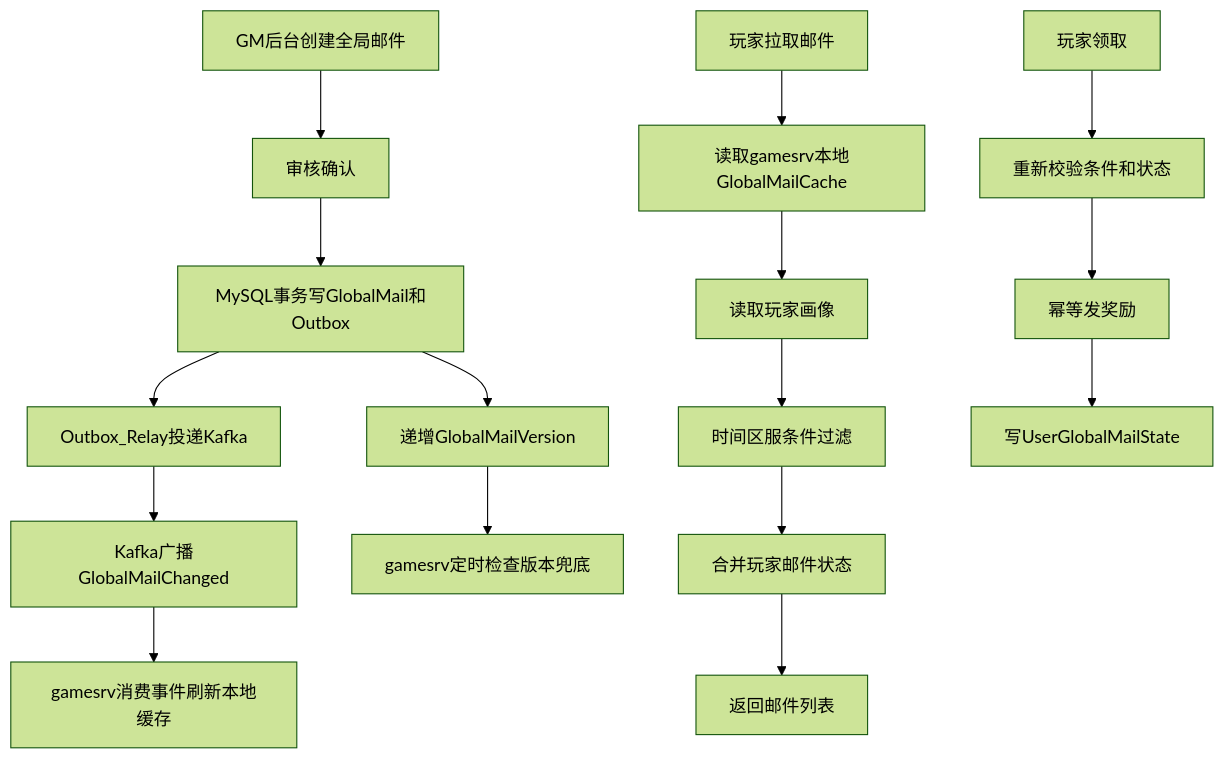
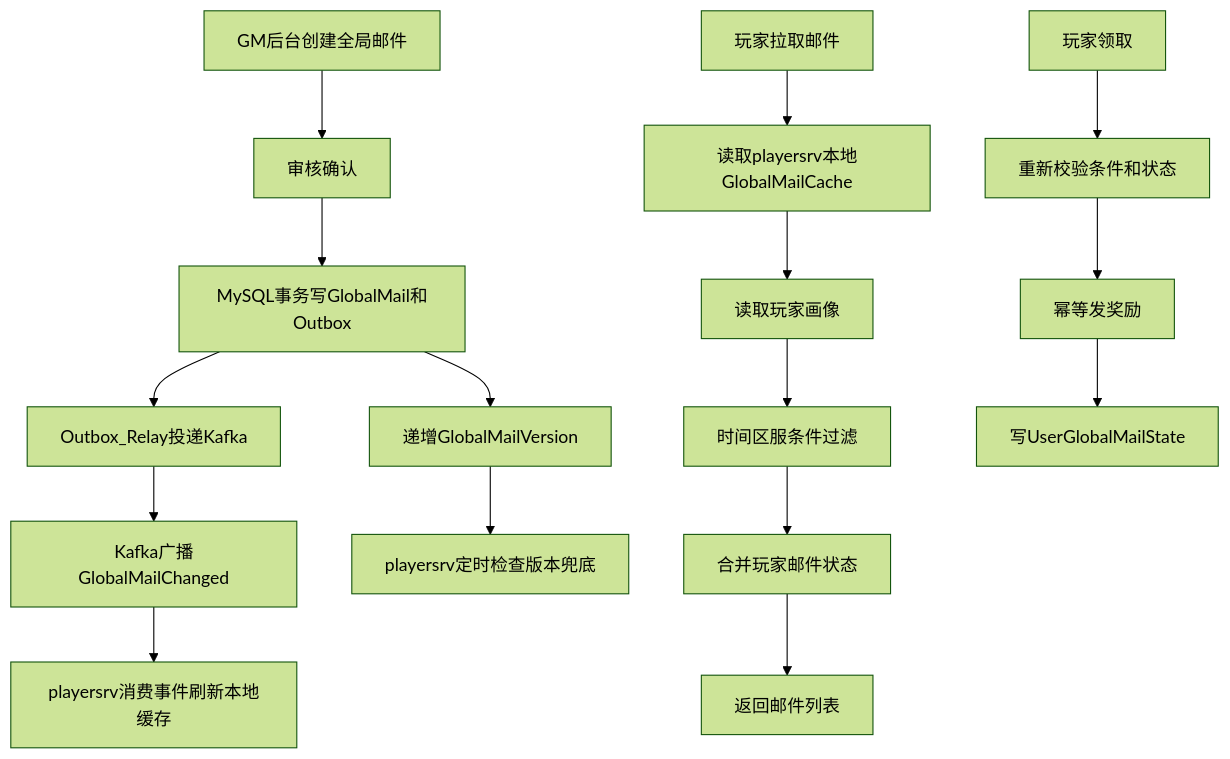
Before and after one commit to zhanglei19960726/globalmail: the first of 6 diagrams in docs/requirements-design.md, drawn with Mermaid (forest theme). The commit also changed other lines of this file and 114 other files, not shown here.

Commit message:
Rename service modules and player mail rewards

````diff
--- a/docs/requirements-design.md
+++ b/docs/requirements-design.md
@@ -47,20 +47,20 @@
 ```mermaid
 flowchart TD
     gm[GM后台创建全局邮件] --> audit[审核确认]
     audit --> tx[MySQL事务写GlobalMail和Outbox]
     tx --> relay[Outbox_Relay投递Kafka]
     tx --> version[递增GlobalMailVersion]
     relay --> notify[Kafka广播GlobalMailChanged]
-    notify --> refresh[gamesrv消费事件刷新本地缓存]
-    version --> fallback[gamesrv定时检查版本兜底]
+    notify --> refresh[playersrv消费事件刷新本地缓存]
+    version --> fallback[playersrv定时检查版本兜底]
 
-    player[玩家拉取邮件] --> localCache[读取gamesrv本地GlobalMailCache]
+    player[玩家拉取邮件] --> localCache[读取playersrv本地GlobalMailCache]
     localCache --> profile[读取玩家画像]
     profile --> filter[时间区服条件过滤]
     filter --> userState[合并玩家邮件状态]
     userState --> rsp[返回邮件列表]
 
     claim[玩家领取] --> recheck[重新校验条件和状态]
     recheck --> reward[幂等发奖励]
     reward --> saveState[写UserGlobalMailState]
 ```
````
